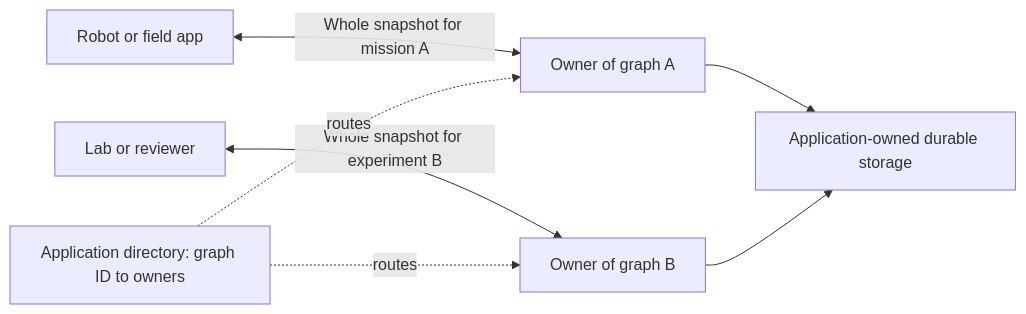
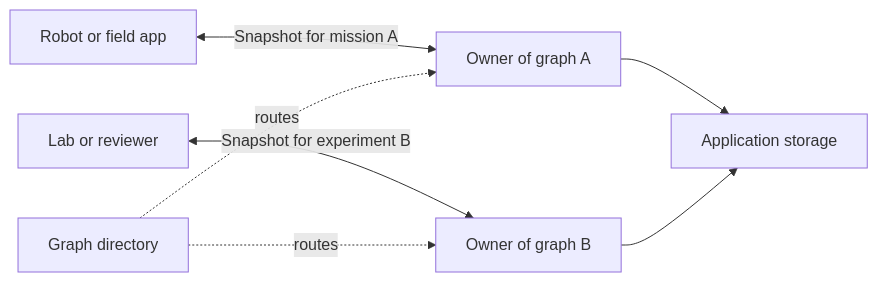
The diagram in docs/DEPLOYMENT.md (bbopen/zergraph), drawn with Mermaid before and after one commit. The commit also changed other lines of this file and 11 other files, not shown here.

````diff
--- a/docs/DEPLOYMENT.md
+++ b/docs/DEPLOYMENT.md
@@ -61,9 +97,9 @@
 ```mermaid
 flowchart LR
-    R[Robot or field app] <-->|Whole snapshot for mission A| A[Owner of graph A]
-    L[Lab or reviewer] <-->|Whole snapshot for experiment B| B[Owner of graph B]
-    A --> S[Application-owned durable storage]
+    R[Robot or field app] <-->|Snapshot for mission A| A[Owner of graph A]
+    L[Lab or reviewer] <-->|Snapshot for experiment B| B[Owner of graph B]
+    A --> S[Application storage]
     B --> S
-    D[Application directory: graph ID to owners] -. routes .-> A
+    D[Graph directory] -. routes .-> A
     D -. routes .-> B
 ```
````
